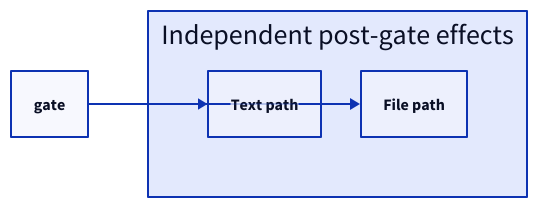
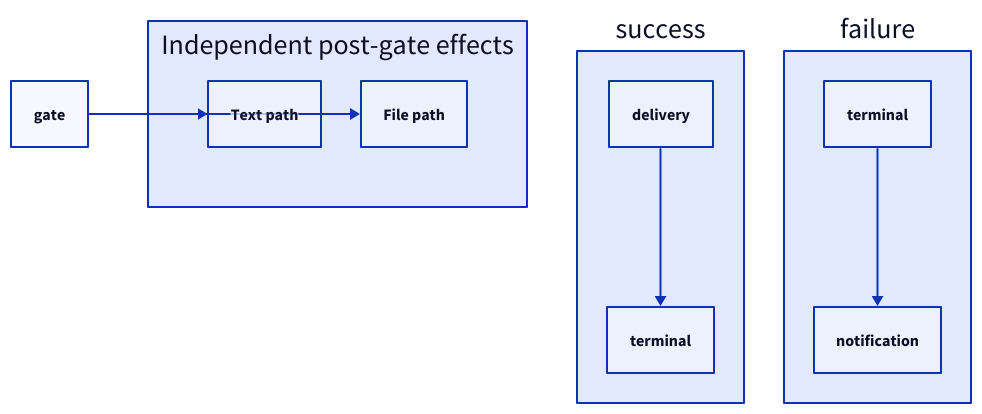
Before and after one commit to fitchmultz/pi-agent-skills: the third of 5 diagrams in skills/diagram-creation/references/style-guide.md, drawn with D2. The commit also changed other lines of this file and 13 other files, not shown here.

Commit message:
Add SVG-native diagram creation (#36)

````diff
--- a/skills/diagram-creation/references/style-guide.md
+++ b/skills/diagram-creation/references/style-guide.md
@@ -119,10 +120,13 @@
 ```d2
 gate -> effects.text
 gate -> effects.files
 
 effects: "Independent post-gate effects" {
   grid-columns: 2
   text: "Text path"
   files: "File path"
 }
+
+success.delivery -> success.terminal
+failure.terminal -> failure.notification
 ```
````
